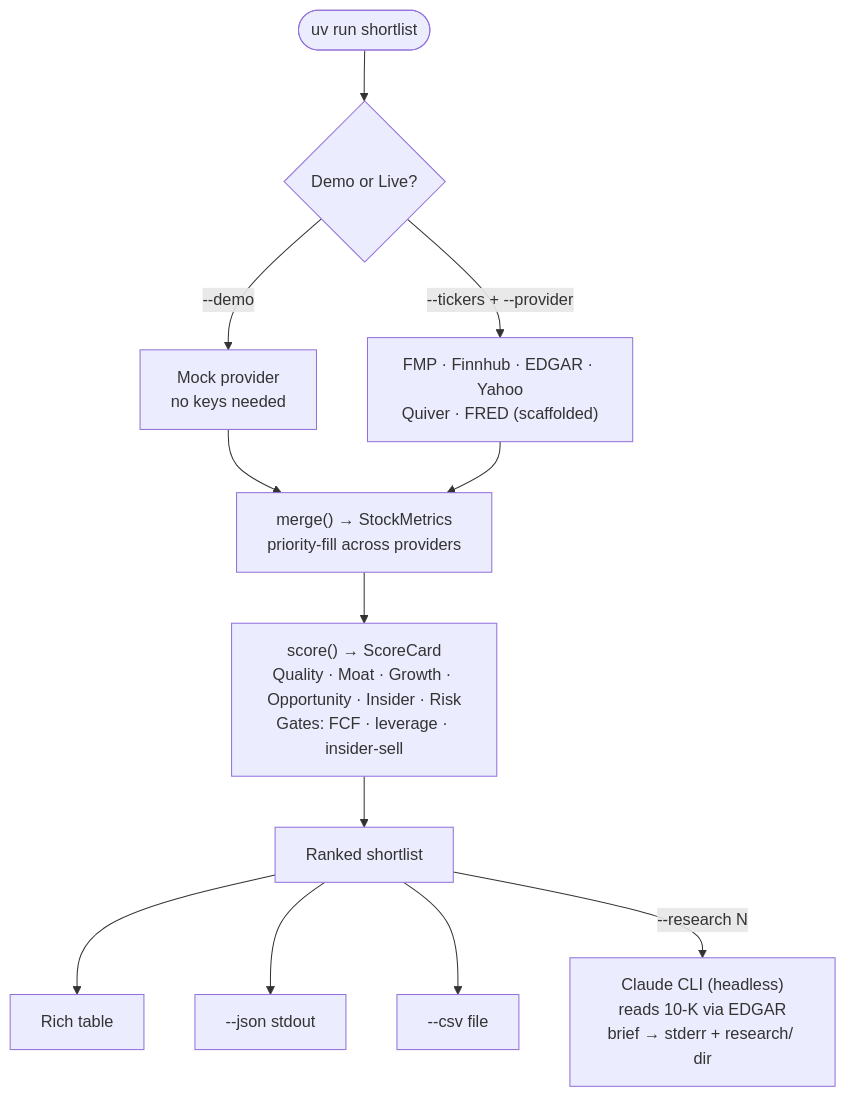
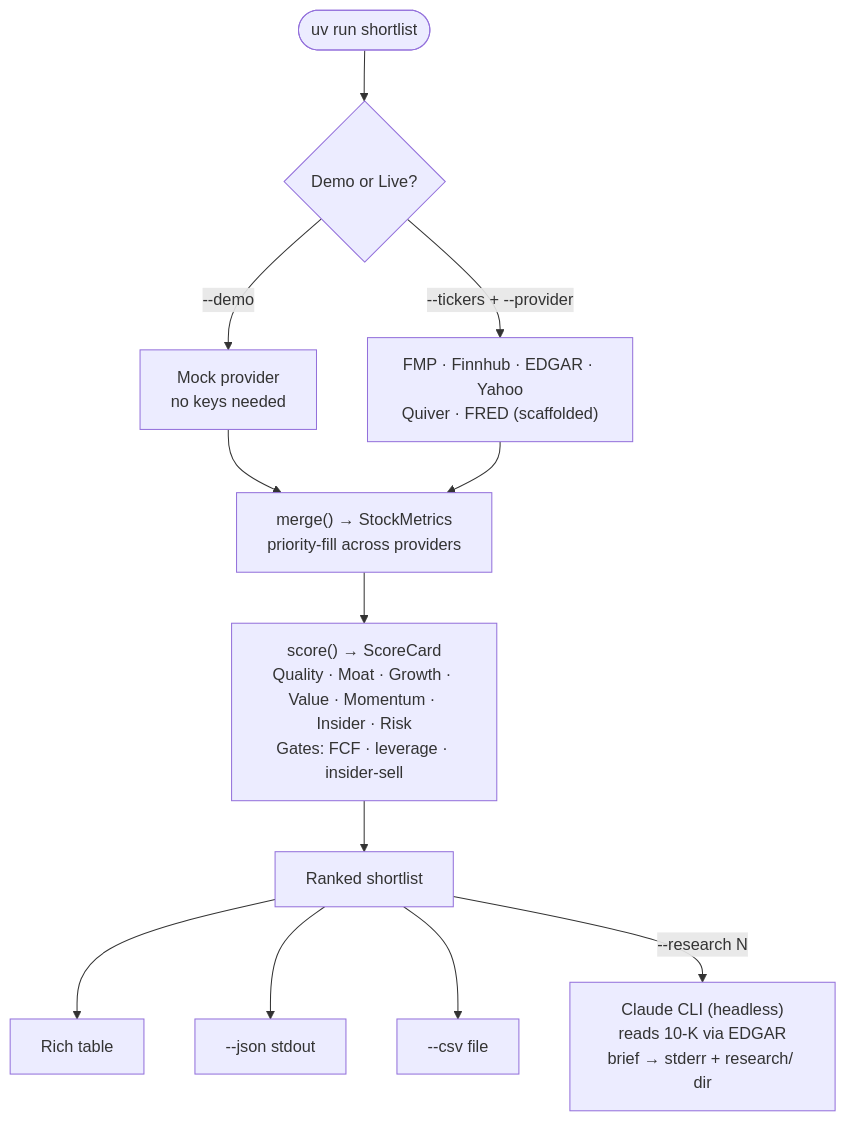
Before and after one commit to christurgeon/shortlist: the first of 2 diagrams in README.md, drawn with Mermaid. The commit also changed other lines of this file and 3 other files, not shown here.

Commit message:
docs: describe independent value/momentum weighting + value-trap flag

````diff
--- a/README.md
+++ b/README.md
@@ -25,21 +25,21 @@
 ```mermaid
 flowchart TD
     A(["uv run shortlist"])
     A --> B{Demo or Live?}
 
     B -->|"--demo"| C["Mock provider\nno keys needed"]
     B -->|"--tickers + --provider"| D["FMP · Finnhub · EDGAR · Yahoo\nQuiver · FRED (scaffolded)"]
 
     C --> E["merge() → StockMetrics\npriority-fill across providers"]
     D --> E
 
-    E --> F["score() → ScoreCard\nQuality · Moat · Growth · Opportunity · Insider · Risk\nGates: FCF · leverage · insider-sell"]
+    E --> F["score() → ScoreCard\nQuality · Moat · Growth · Value · Momentum · Insider · Risk\nGates: FCF · leverage · insider-sell"]
 
     F --> G[Ranked shortlist]
 
     G --> I[Rich table]
     G --> J["--json stdout"]
     G --> K["--csv file"]
 
     G -->|"--research N"| H["Claude CLI (headless)\nreads 10-K via EDGAR\nbrief → stderr + research/ dir"]
 ```
````
